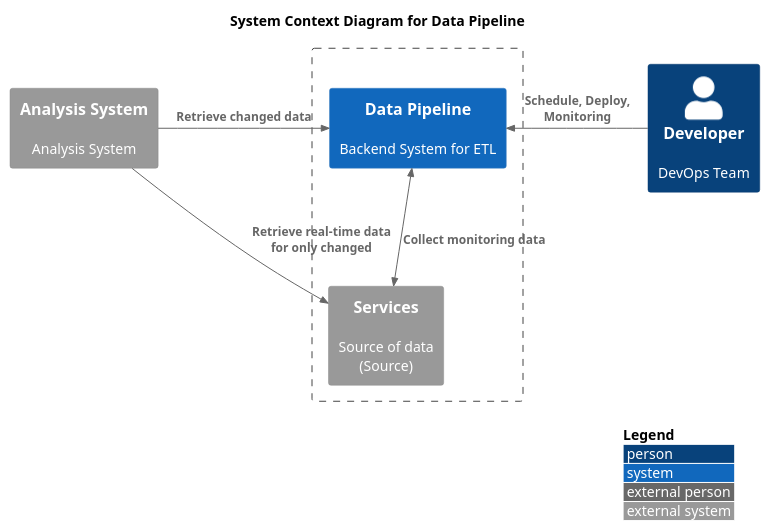
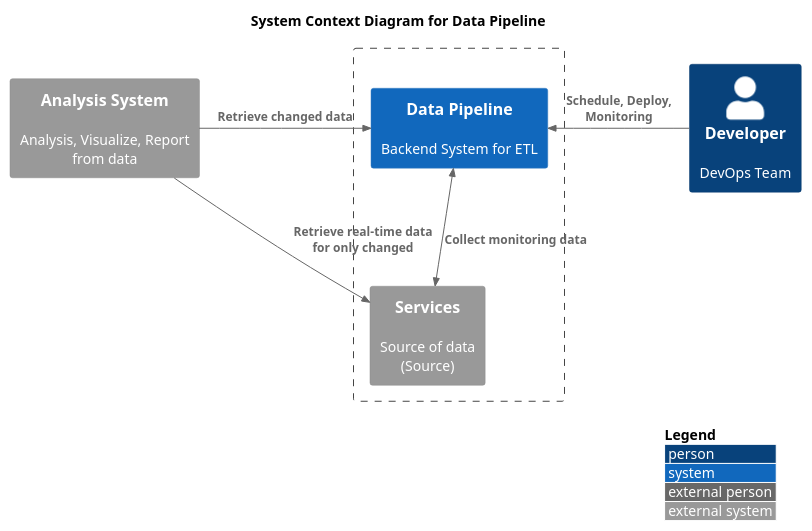
One commit to yanghoon/obsidian-workspace changed the first of 2 diagrams in _diary/2024-06-19.md. Above: the diagram before and after it, drawn with PlantUML.

Commit message:
vault backup: 2024-06-21 19:34:03

````diff
--- a/_diary/2024-06-19.md
+++ b/_diary/2024-06-19.md
@@ -3,20 +3,20 @@
 ```plantuml
 !include <C4/C4_Context.puml>
 
 LAYOUT_TOP_DOWN()
 LAYOUT_WITH_LEGEND()
 
 title System Context Diagram for Data Pipeline
 
-System_Ext(analysis, "Analysis System", "Analysis System")
+System_Ext(analysis, "Analysis System", "Analysis, Visualize, Report from data")
 Boundary(system, "") {
 	System_Ext(service, "Services", "Source of data\n(Source)")
 	System(app, "Data Pipeline", "Backend System for ETL")
 }
 Person(developer, "Developer", "DevOps Team")
 
 Rel_Right(analysis, app, "Retrieve changed data")
 Rel_Right(analysis, service, "Retrieve real-time data for only changed")
 Rel_Left(developer, app, "Schedule, Deploy, Monitoring")
 BiRel(app, service, "Collect monitoring data")
 ```
````
